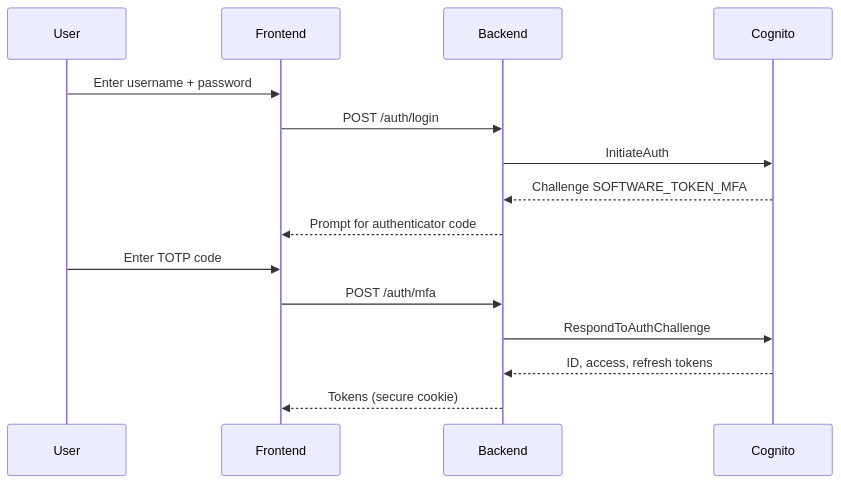
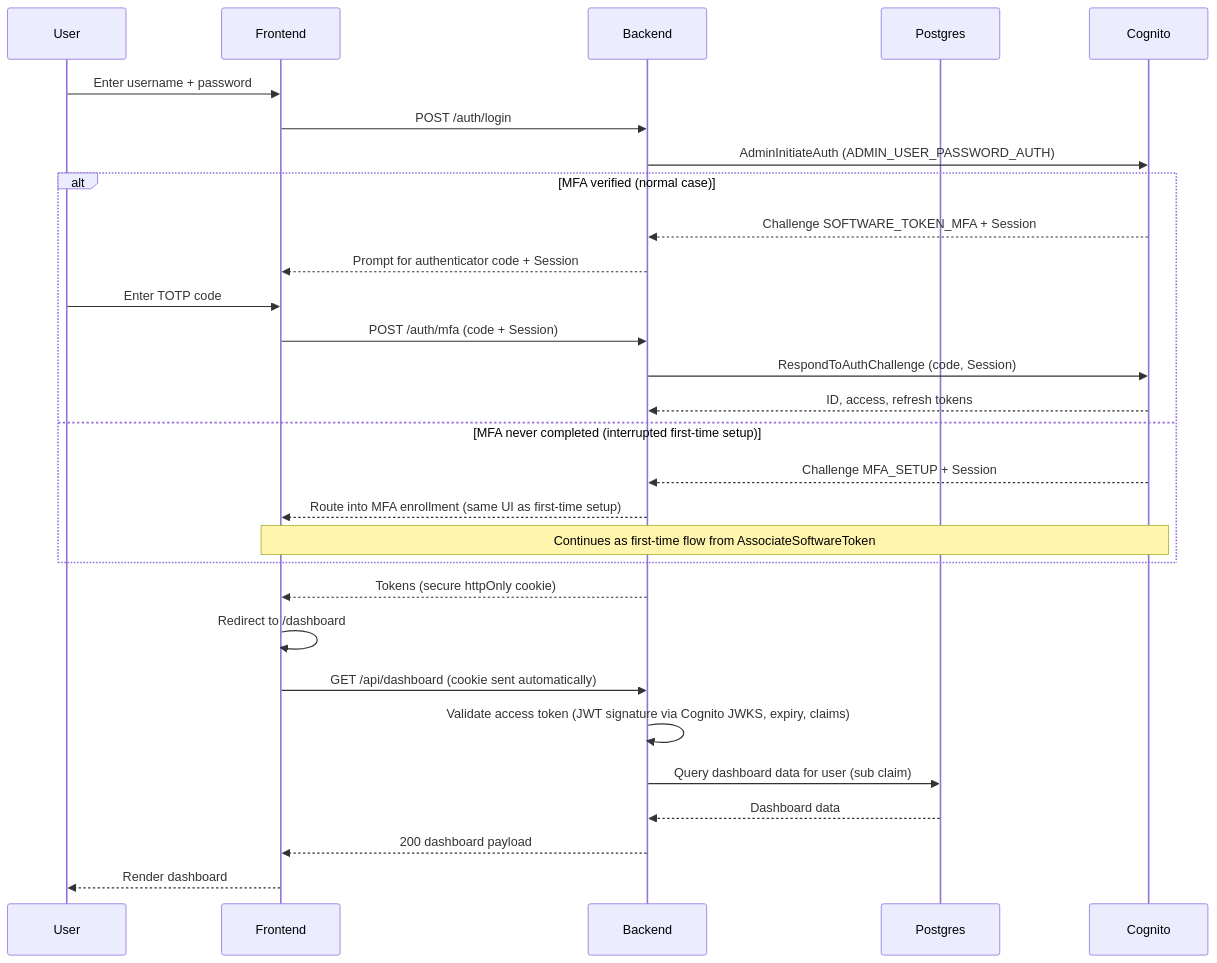
One commit to ditnice/aws-UKPS changed the third of 4 diagrams in documentation/auth/sequences.md. Above: the diagram before and after it, drawn with Mermaid. The commit also changed other lines of this file, not shown here.

Commit message:
Extended diagrams to be more explicit and informative for implementation

````diff
--- a/documentation/auth/sequences.md
+++ b/documentation/auth/sequences.md
@@ -55,17 +67,31 @@
 ```mermaid
 sequenceDiagram
     participant U as User
     participant F as Frontend
     participant B as Backend
+    participant P as Postgres
     participant C as Cognito
     U->>F: Enter username + password
     F->>B: POST /auth/login
-    B->>C: InitiateAuth
-    C-->>B: Challenge SOFTWARE_TOKEN_MFA
-    B-->>F: Prompt for authenticator code
-    U->>F: Enter TOTP code
-    F->>B: POST /auth/mfa
-    B->>C: RespondToAuthChallenge
-    C-->>B: ID, access, refresh tokens
-    B-->>F: Tokens (secure cookie)
+    B->>C: AdminInitiateAuth (ADMIN_USER_PASSWORD_AUTH)
+    alt MFA verified (normal case)
+        C-->>B: Challenge SOFTWARE_TOKEN_MFA + Session
+        B-->>F: Prompt for authenticator code + Session
+        U->>F: Enter TOTP code
+        F->>B: POST /auth/mfa (code + Session)
+        B->>C: RespondToAuthChallenge (code, Session)
+        C-->>B: ID, access, refresh tokens
+    else MFA never completed (interrupted first-time setup)
+        C-->>B: Challenge MFA_SETUP + Session
+        B-->>F: Route into MFA enrollment (same UI as first-time setup)
+        Note over F,C: Continues as first-time flow from AssociateSoftwareToken
+    end
+    B-->>F: Tokens (secure httpOnly cookie)
+    F->>F: Redirect to /dashboard
+    F->>B: GET /api/dashboard (cookie sent automatically)
+    B->>B: Validate access token (JWT signature via Cognito JWKS, expiry, claims)
+    B->>P: Query dashboard data for user (sub claim)
+    P-->>B: Dashboard data
+    B-->>F: 200 dashboard payload
+    F-->>U: Render dashboard
 ```
````
